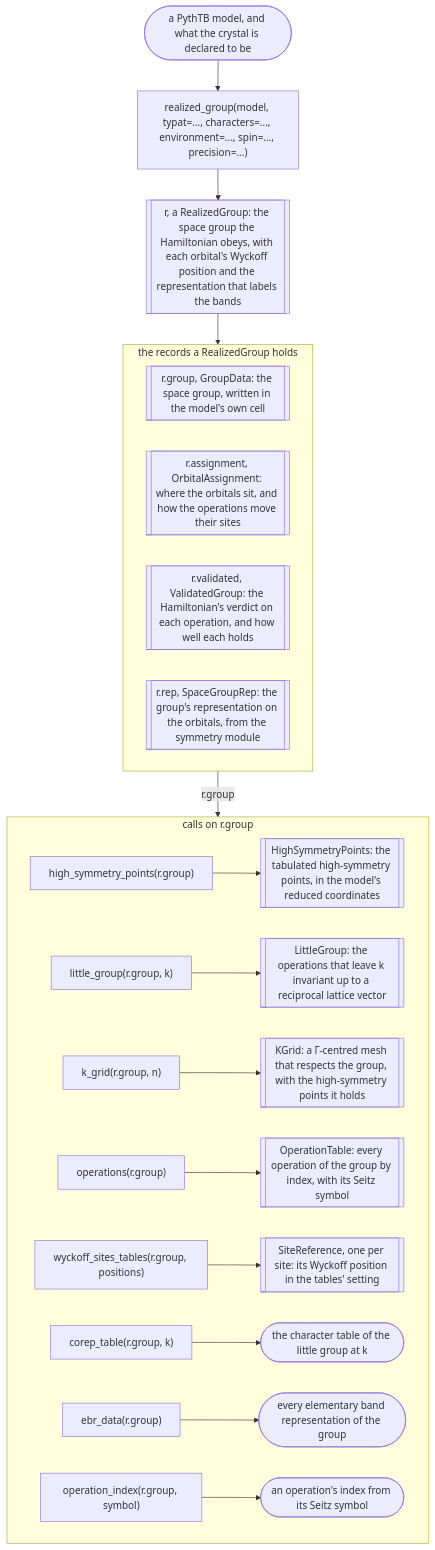
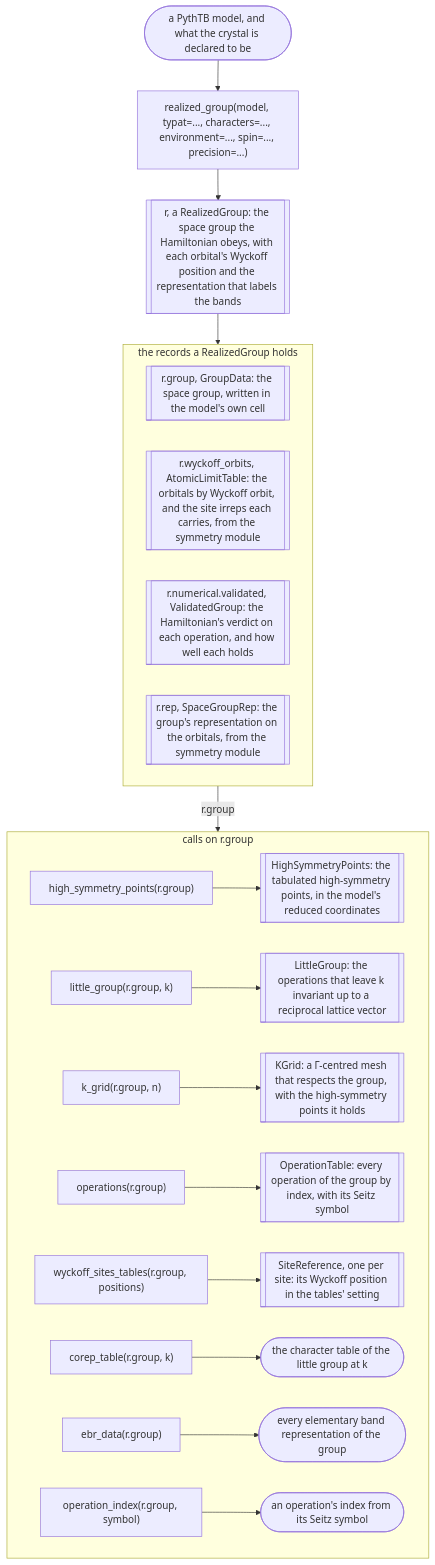
The second of 8 diagrams in docs/background/modules.md (bbradlyn/pythtqc), drawn with Mermaid before and after one commit. The commit also changed other lines of this file and 78 other files, not shown here.

First line of the commit message:
pythtqc: what realized_group returns is read by name, its orbitals as rows by Wyckoff orbit

````diff
--- a/docs/background/modules.md
+++ b/docs/background/modules.md
@@ -68,30 +68,30 @@
 ```mermaid
 flowchart TD
     g_model(["a PythTB model, and what the crystal is declared to be"])
     g_realized["realized_group(model, typat=..., characters=..., environment=..., spin=..., precision=...)"]
     g_r[["r, a RealizedGroup: the space group the Hamiltonian obeys, with each orbital's Wyckoff position and the representation that labels the bands"]]
 
     g_model --> g_realized --> g_r
     g_r --> g_fields
     g_fields -- "r.group" --> g_tables
 
     subgraph g_fields ["the records a RealizedGroup holds"]
         direction LR
         g_group[["r.group, GroupData: the space group, written in the model's own cell"]]
-        g_assignment[["r.assignment, OrbitalAssignment: where the orbitals sit, and how the operations move their sites"]]
-        g_validated[["r.validated, ValidatedGroup: the Hamiltonian's verdict on each operation, and how well each holds"]]
+        g_orbits[["r.wyckoff_orbits, AtomicLimitTable: the orbitals by Wyckoff orbit, and the site irreps each carries, from the symmetry module"]]
+        g_validated[["r.numerical.validated, ValidatedGroup: the Hamiltonian's verdict on each operation, and how well each holds"]]
         g_rep[["r.rep, SpaceGroupRep: the group's representation on the orbitals, from the symmetry module"]]
     end
 
     subgraph g_tables ["calls on r.group"]
         direction LR
         g_hsp["high_symmetry_points(r.group)"] --> g_hsp_out[["HighSymmetryPoints: the tabulated high-symmetry points, in the model's reduced coordinates"]]
         g_lg["little_group(r.group, k)"] --> g_lg_out[["LittleGroup: the operations that leave k invariant up to a reciprocal lattice vector"]]
         g_kg["k_grid(r.group, n)"] --> g_kg_out[["KGrid: a Γ-centred mesh that respects the group, with the high-symmetry points it holds"]]
         g_ops["operations(r.group)"] --> g_ops_out[["OperationTable: every operation of the group by index, with its Seitz symbol"]]
         g_sites["wyckoff_sites_tables(r.group, positions)"] --> g_sites_out[["SiteReference, one per site: its Wyckoff position in the tables' setting"]]
         g_ct["corep_table(r.group, k)"] --> g_ct_out(["the character table of the little group at k"])
         g_ed["ebr_data(r.group)"] --> g_ed_out(["every elementary band representation of the group"])
         g_seitz["operation_index(r.group, symbol)"] --> g_seitz_out(["an operation's index from its Seitz symbol"])
     end
 ```
````
